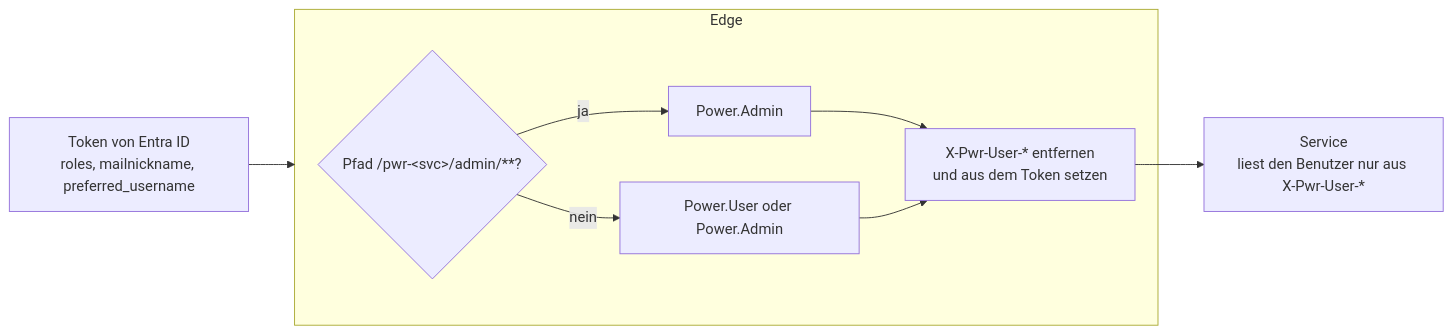
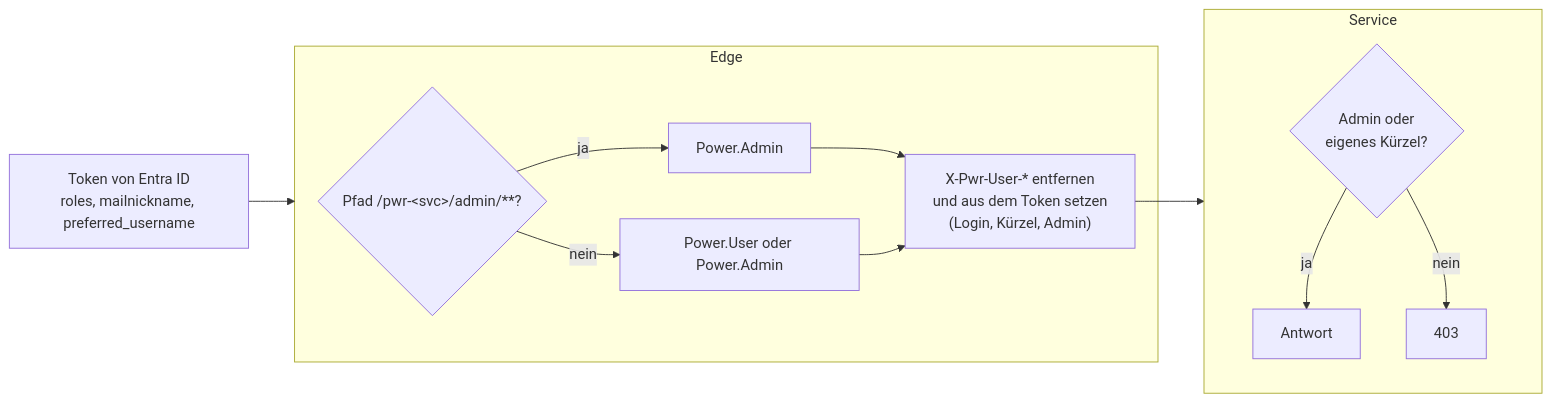
One commit to HBTGmbH/hbt-power changed the first of 2 diagrams in docs/arc42/08-querschnittliche-konzepte.md. Above: the diagram before and after it, drawn with Mermaid. The commit also changed other lines of this file and 65 other files, not shown here.

First line of the commit message:
#255 - Berechtigung je Berater; Review: Admin-Pfade (#260), PUT /profiles (#261), Dokumente nur über View-Profile (#262) (#259)

````diff
--- a/docs/arc42/08-querschnittliche-konzepte.md
+++ b/docs/arc42/08-querschnittliche-konzepte.md
@@ -7,13 +7,18 @@
 ```mermaid
 flowchart LR
     T["Token von Entra ID<br/>roles, mailnickname, preferred_username"] --> E
     subgraph E[Edge]
         R1{"Pfad /pwr-&lt;svc&gt;/admin/**?"}
         R1 -->|ja| A["Power.Admin"]
         R1 -->|nein| U["Power.User oder Power.Admin"]
-        H["X-Pwr-User-* entfernen<br/>und aus dem Token setzen"]
+        H["X-Pwr-User-* entfernen<br/>und aus dem Token setzen<br/>(Login, Kürzel, Admin)"]
         A --> H
         U --> H
     end
-    H --> S["Service<br/>liest den Benutzer nur aus X-Pwr-User-*"]
+    H --> S
+    subgraph S[Service]
+        C{"Admin oder<br/>eigenes Kürzel?"}
+        C -->|ja| OK["Antwort"]
+        C -->|nein| F["403"]
+    end
 ```
````
